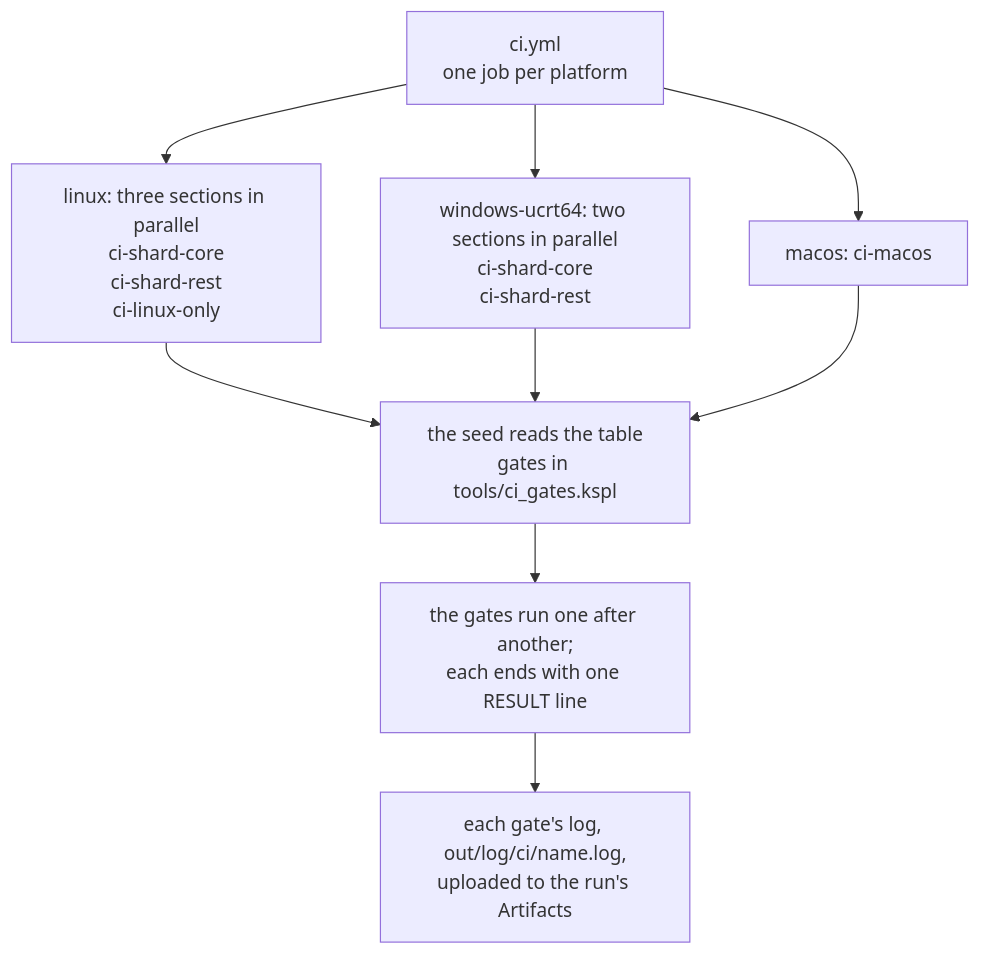
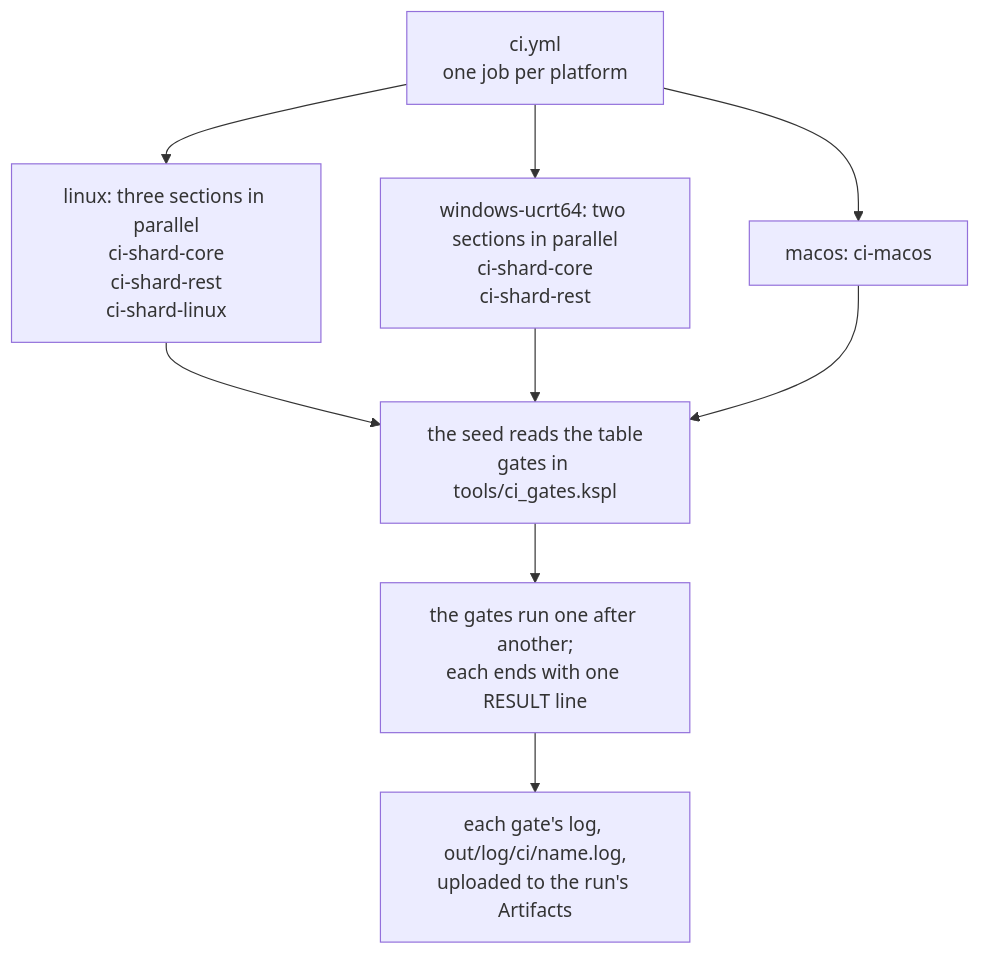
One commit to kansosystem-org/kspl-experimental changed the diagram in docs/SPEC-gates.md. Above: the diagram before and after it, drawn with Mermaid. The commit also changed other lines of this file and 784 other files, not shown here.

````diff
--- a/docs/SPEC-gates.md
+++ b/docs/SPEC-gates.md
@@ -85,11 +98,11 @@
 ```mermaid
 flowchart TD
-    W["ci.yml<br/>one job per platform"] --> LX["linux: three sections in parallel<br/>ci-shard-core<br/>ci-shard-rest<br/>ci-linux-only"]
+    W["ci.yml<br/>one job per platform"] --> LX["linux: three sections in parallel<br/>ci-shard-core<br/>ci-shard-rest<br/>ci-shard-linux"]
     W --> WN["windows-ucrt64: two sections in parallel<br/>ci-shard-core<br/>ci-shard-rest"]
     W --> MC["macos: ci-macos"]
     LX --> T["the seed reads the table<br/>gates in tools/ci_gates.kspl"]
     WN --> T
     MC --> T
     T --> G["the gates run one after another;<br/>each ends with one RESULT line"]
     G --> O["each gate's log, out/log/ci/name.log,<br/>uploaded to the run's Artifacts"]
 ```
````
